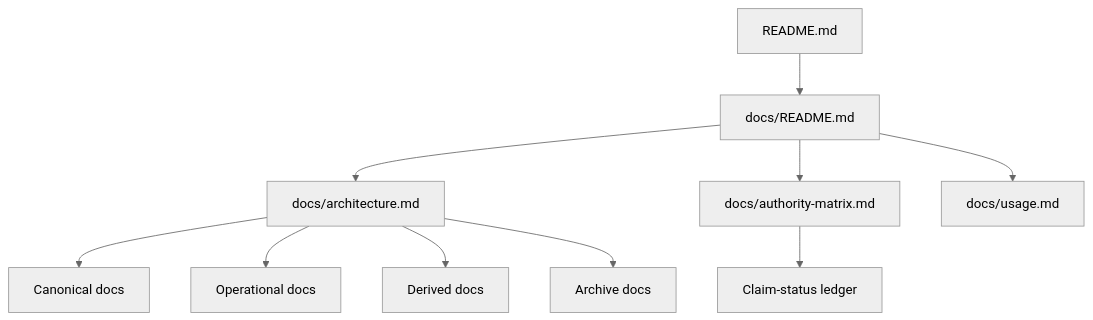
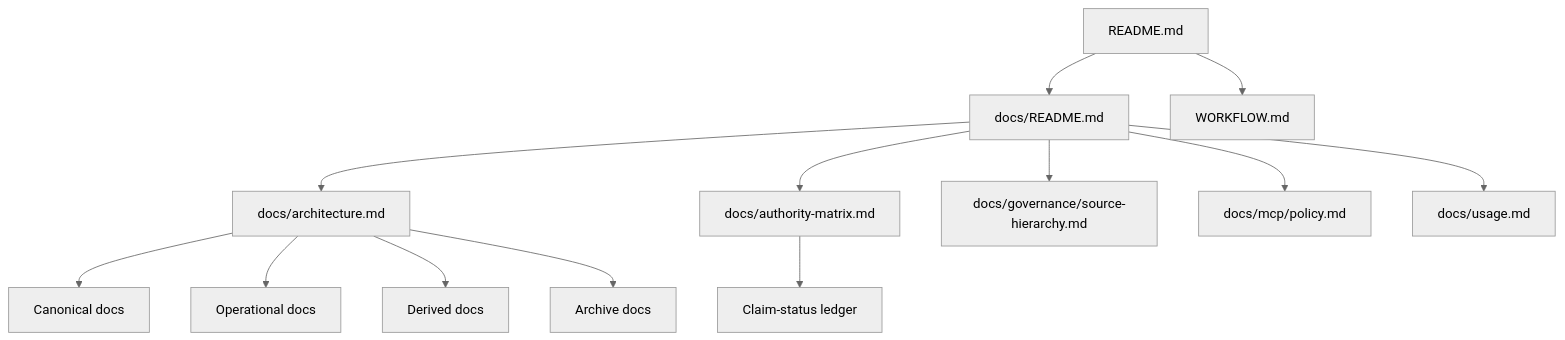
One commit to baum777/model-agnostic-workflow-system changed the first of 2 diagrams in docs/architecture.md. Above: the diagram before and after it, drawn with Mermaid (neutral theme). The commit also changed other lines of this file and 8 other files, not shown here.

Commit message:
Add Phase 1 workflow and MCP overlay docs

````diff
--- a/docs/architecture.md
+++ b/docs/architecture.md
@@ -41,12 +45,15 @@
 ```mermaid
 flowchart TD
   ROOT["README.md"] --> INDEX["docs/README.md"]
+  ROOT --> WORKFLOW["WORKFLOW.md"]
   INDEX --> ARCH["docs/architecture.md"]
   INDEX --> AUTH["docs/authority-matrix.md"]
+  INDEX --> HIER["docs/governance/source-hierarchy.md"]
+  INDEX --> MCP["docs/mcp/policy.md"]
   INDEX --> USAGE["docs/usage.md"]
   ARCH --> CANON["Canonical docs"]
   ARCH --> OPS["Operational docs"]
   ARCH --> DERIVED["Derived docs"]
   ARCH --> ARCHIVE["Archive docs"]
   AUTH --> LEDGER["Claim-status ledger"]
 ```
````
